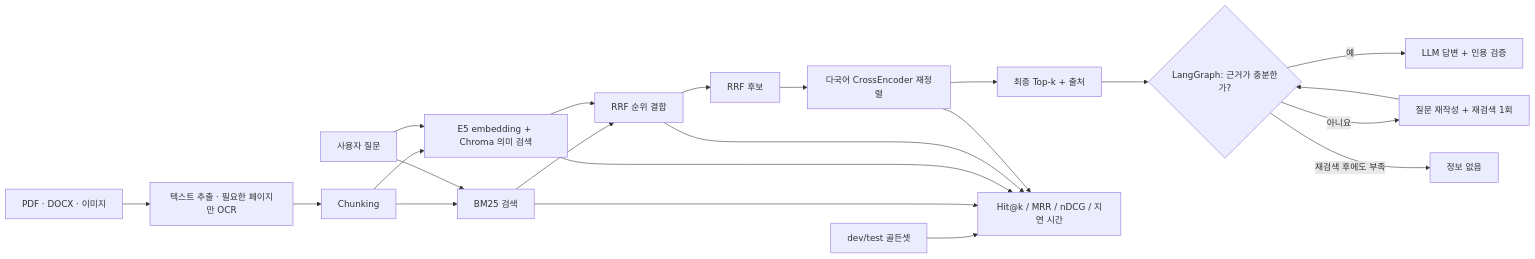
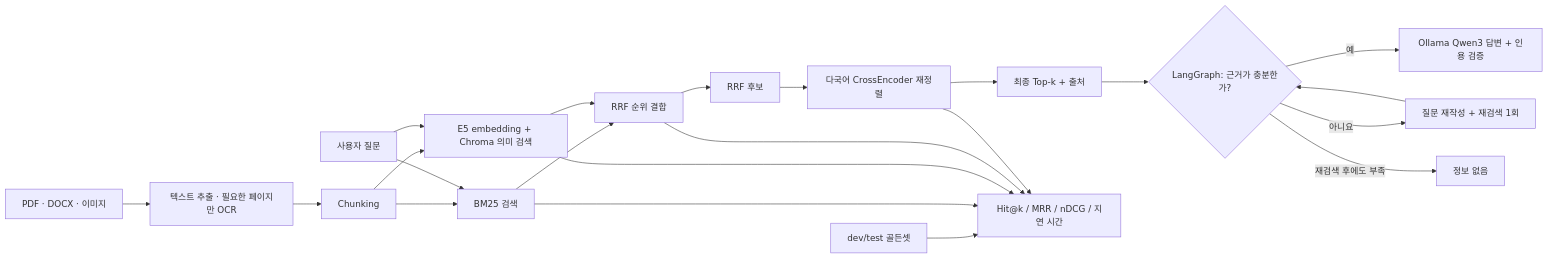
The diagram in README.md (hamjinoo/gongo-rag), drawn with Mermaid before and after one commit. The commit also changed other lines of this file and 10 other files, not shown here.

````diff
--- a/README.md
+++ b/README.md
@@ -51,24 +51,24 @@
 ```mermaid
 flowchart LR
     A["PDF · DOCX · 이미지"] --> B["텍스트 추출 · 필요한 페이지만 OCR"]
     B --> C["Chunking"]
     C --> D["BM25 검색"]
     C --> E["E5 embedding + Chroma 의미 검색"]
     Q["사용자 질문"] --> D
     Q --> E
     D --> F["RRF 순위 결합"]
     E --> F
     F --> U["RRF 후보"]
     U --> R["다국어 CrossEncoder 재정렬"]
     R --> V["최종 Top-k + 출처"]
     V --> G{"LangGraph: 근거가 충분한가?"}
-    G -- "예" --> A1["LLM 답변 + 인용 검증"]
+    G -- "예" --> A1["Ollama Qwen3 답변 + 인용 검증"]
     G -- "아니요" --> W["질문 재작성 + 재검색 1회"]
     W --> G
     G -- "재검색 후에도 부족" --> X["정보 없음"]
     H["dev/test 골든셋"] --> I["Hit@k / MRR / nDCG / 지연 시간"]
     D --> I
     E --> I
     F --> I
     R --> I
 ```
````
